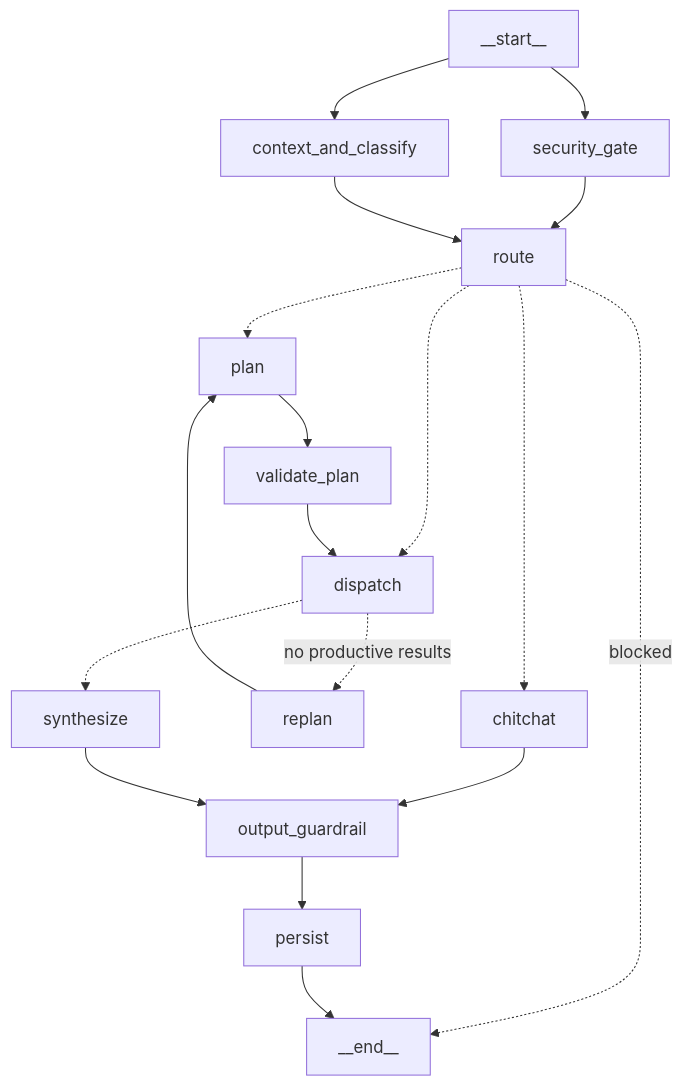
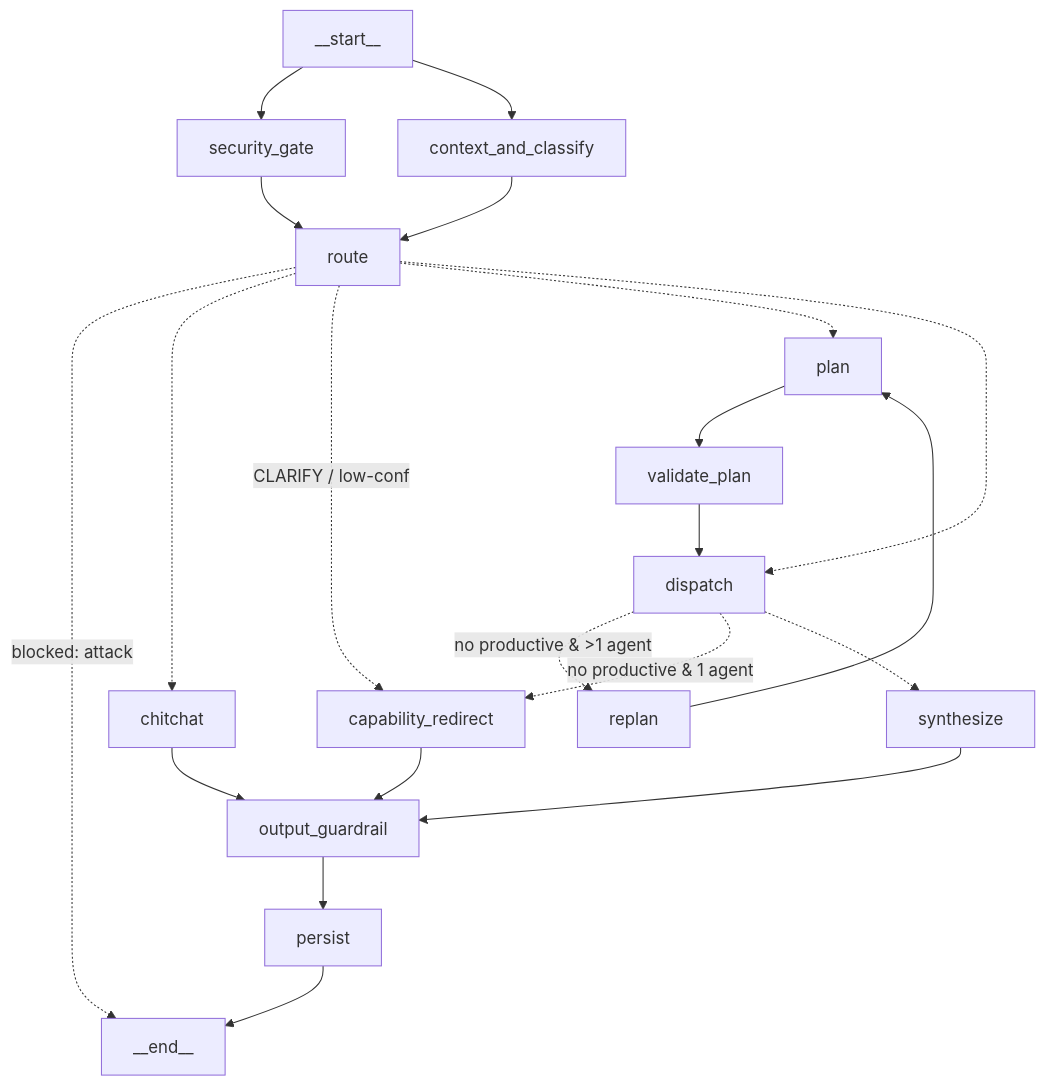
One commit to DELEBINITZ/junk changed the first of 2 diagrams in docs/ARCHITECTURE.md. Above: the diagram before and after it, drawn with Mermaid. The commit also changed other lines of this file and 10 other files, not shown here.

````diff
--- a/docs/ARCHITECTURE.md
+++ b/docs/ARCHITECTURE.md
@@ -11,20 +35,23 @@
 ```mermaid
 graph TD;
   __start__ --> security_gate;
   __start__ --> context_and_classify;
   security_gate --> route;
   context_and_classify --> route;
-  route -. blocked .-> __end__;
+  route -. blocked: attack .-> __end__;
   route -.-> chitchat;
+  route -. CLARIFY / low-conf .-> capability_redirect;
   route -.-> plan;
   route -.-> dispatch;
   chitchat --> output_guardrail;
+  capability_redirect --> output_guardrail;
   plan --> validate_plan;
   validate_plan --> dispatch;
-  dispatch -. no productive results .-> replan;
+  dispatch -. no productive & >1 agent .-> replan;
+  dispatch -. no productive & 1 agent .-> capability_redirect;
   dispatch -.-> synthesize;
   replan --> plan;
   synthesize --> output_guardrail;
   output_guardrail --> persist;
   persist --> __end__;
 ```
````
